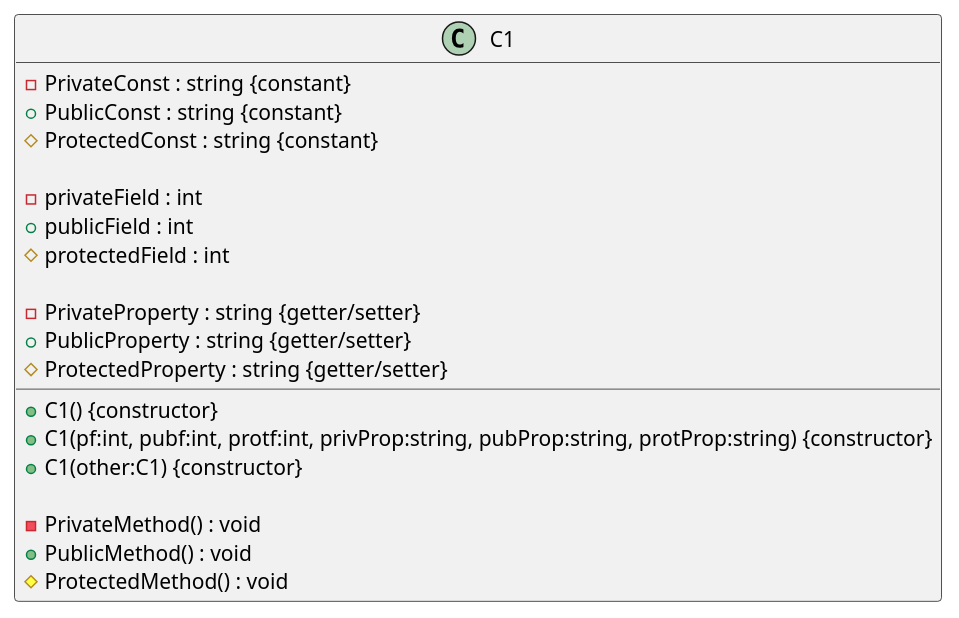
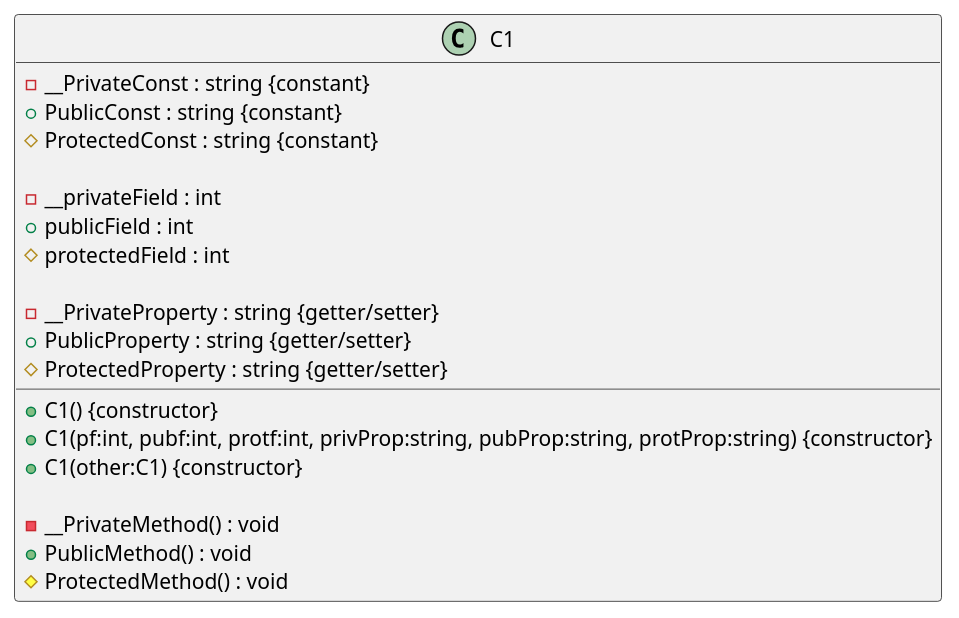
Before and after one commit to martim-x/DesingPatterns: the diagram in lab2/task1.puml, drawn with PlantUML. The commit also changed 6 other files, not shown here.

```diff
--- a/lab2/task1.puml
+++ b/lab2/task1.puml
@@ -1,23 +1,23 @@
 @startuml
 class C1 {
-    - PrivateConst : string {constant}
+    - __PrivateConst : string {constant}
     + PublicConst : string {constant}
     # ProtectedConst : string {constant}
 
-    - privateField : int
+    - __privateField : int
     + publicField : int
     # protectedField : int
 
-    - PrivateProperty : string {getter/setter}
+    - __PrivateProperty : string {getter/setter}
     + PublicProperty : string {getter/setter}
     # ProtectedProperty : string {getter/setter}
 
     + C1() {constructor}
     + C1(pf:int, pubf:int, protf:int, privProp:string, pubProp:string, protProp:string) {constructor}
     + C1(other:C1) {constructor}
 
-    - PrivateMethod() : void
+    - __PrivateMethod() : void
     + PublicMethod() : void
     # ProtectedMethod() : void
 }
 @enduml
```
